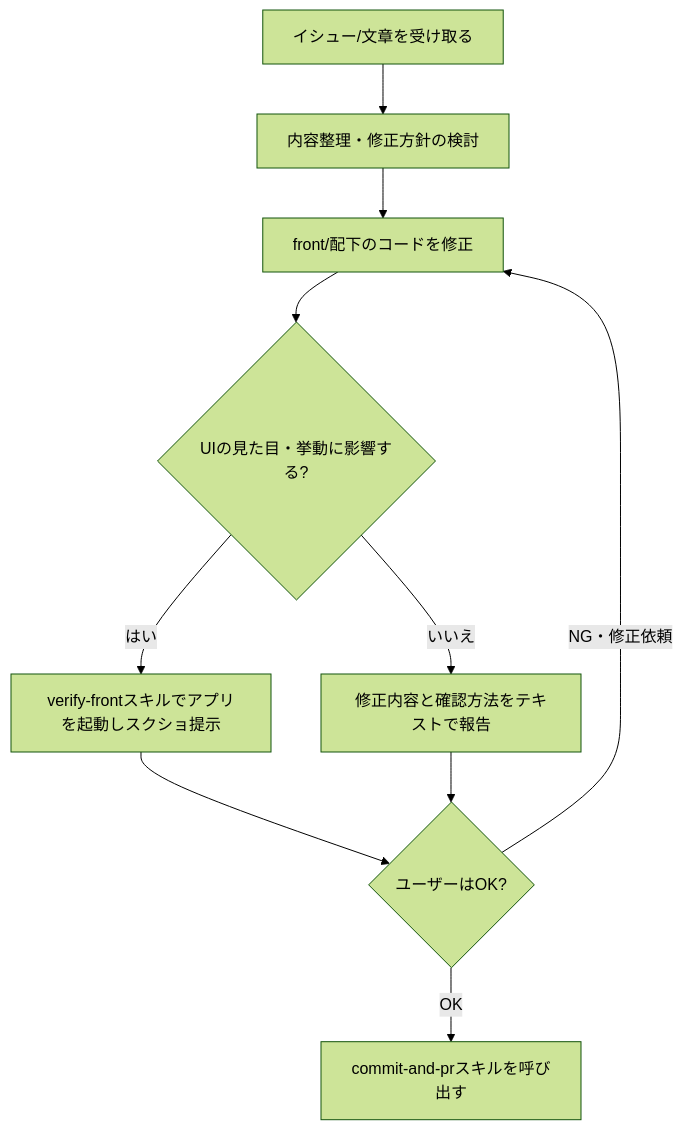
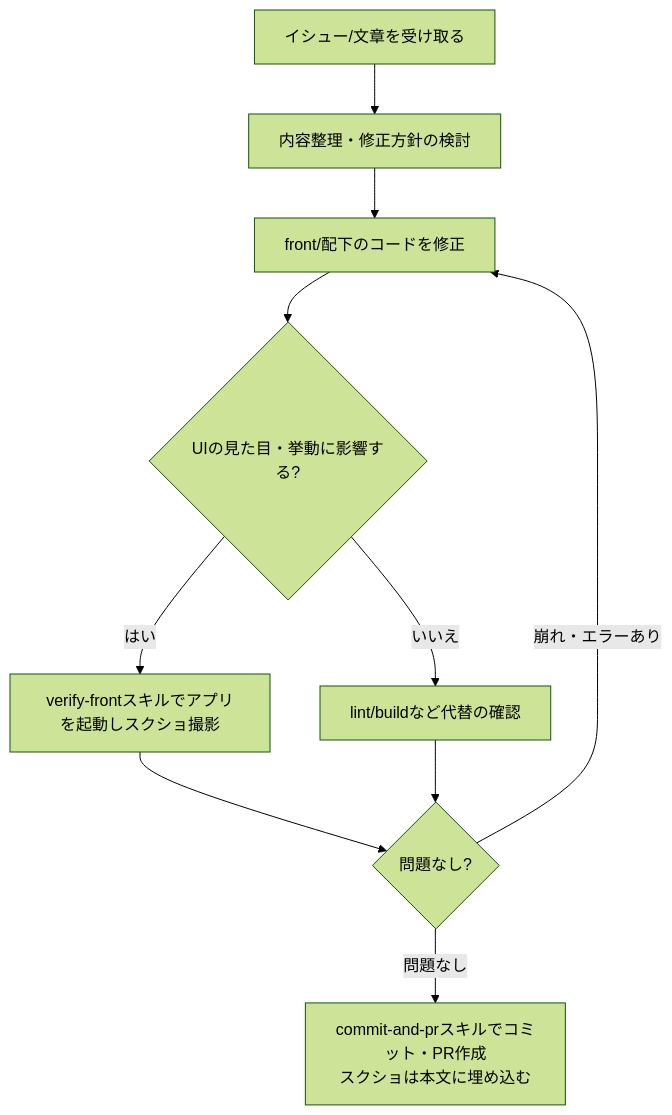
The diagram in .claude/skills/fix-and-verify/SKILL.md (akinaritakaishi/sample_todo), drawn with Mermaid (forest theme) before and after one commit. The commit also changed other lines of this file and 3 other files, not shown here.

````diff
--- a/.claude/skills/fix-and-verify/SKILL.md
+++ b/.claude/skills/fix-and-verify/SKILL.md
@@ -16,12 +16,12 @@
 ```mermaid
 flowchart TD
     A[イシュー/文章を受け取る] --> B[内容整理・修正方針の検討]
     B --> C[front/配下のコードを修正]
     C --> D{UIの見た目・挙動に影響する?}
-    D -- はい --> E[verify-frontスキルでアプリを起動しスクショ提示]
-    D -- いいえ --> F[修正内容と確認方法をテキストで報告]
-    E --> G{ユーザーはOK?}
-    G -- NG・修正依頼 --> C
-    G -- OK --> H[commit-and-prスキルを呼び出す]
-    F --> G
+    D -- はい --> E[verify-frontスキルでアプリを起動しスクショ撮影]
+    D -- いいえ --> F[lint/buildなど代替の確認]
+    E --> V{問題なし?}
+    F --> V
+    V -- 崩れ・エラーあり --> C
+    V -- 問題なし --> H[commit-and-prスキルでコミット・PR作成<br/>スクショは本文に埋め込む]
 ```
````
